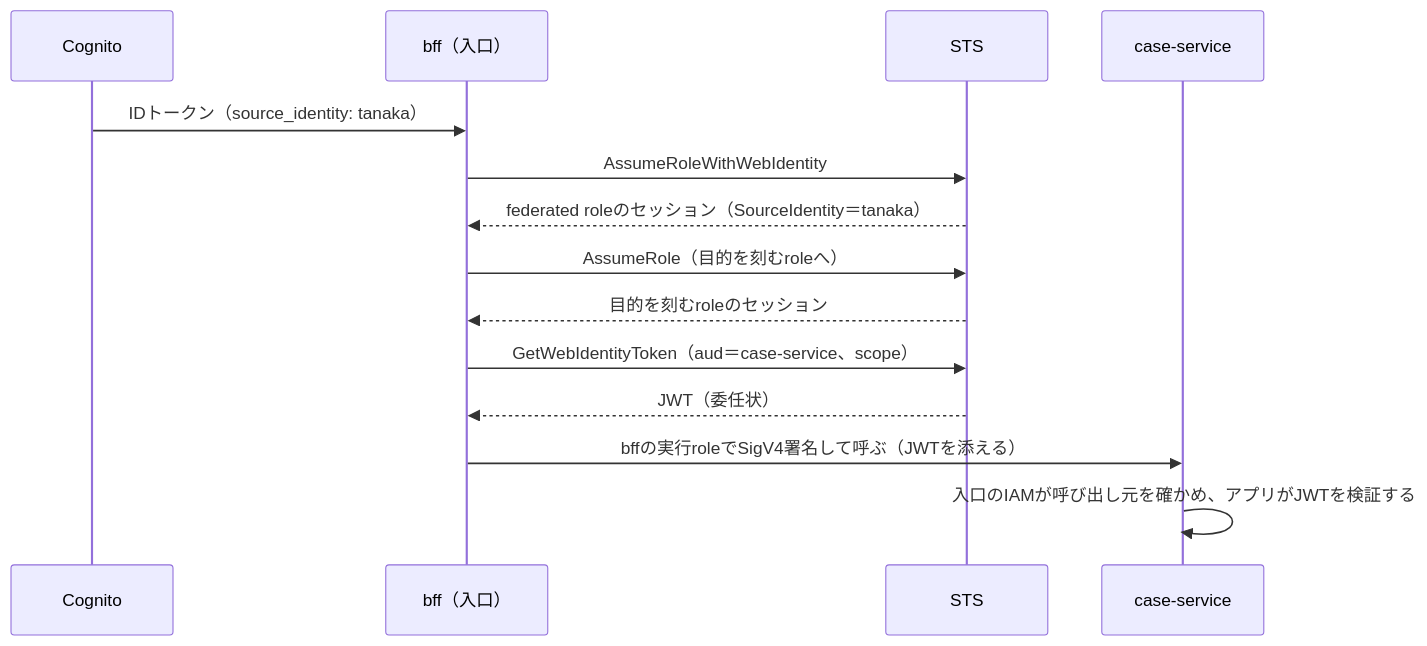
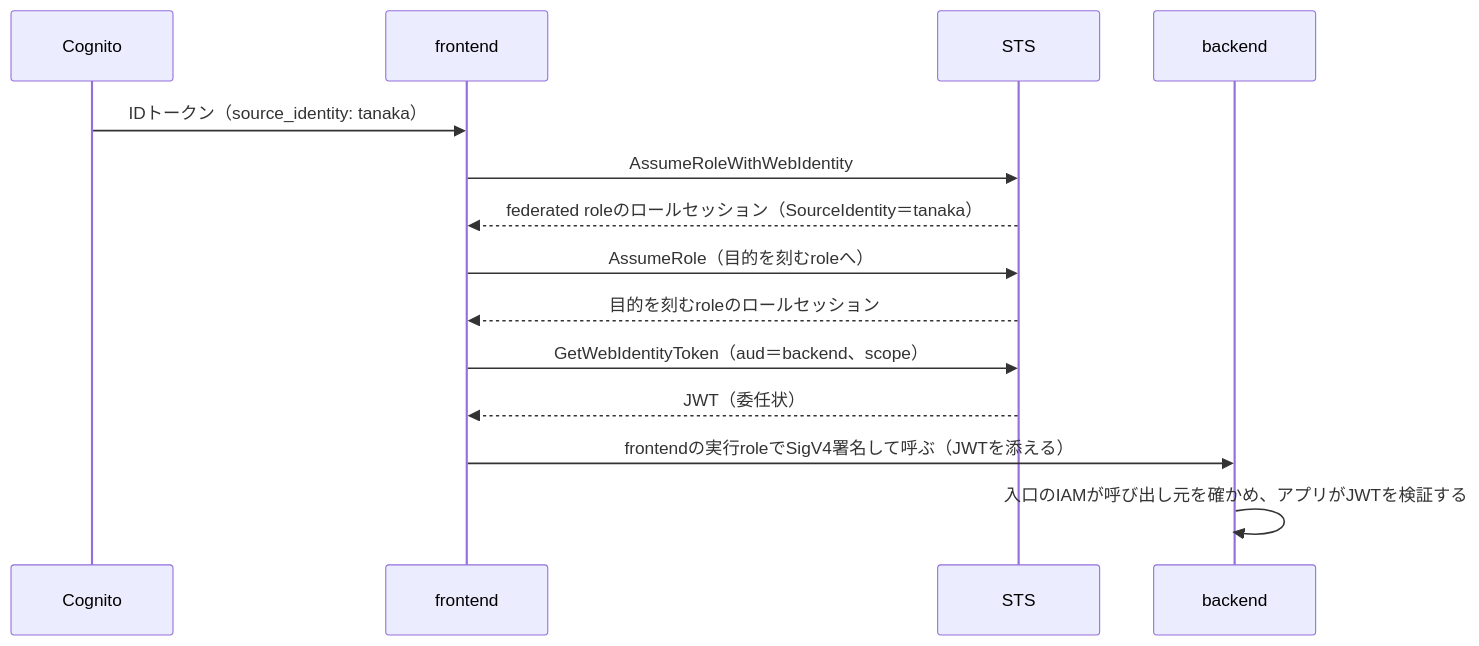
One commit to mahitotsu/gekko_08 changed the diagram in drafts/01-delegation-on-aws.md. Above: the diagram before and after it, drawn with Mermaid. The commit also changed other lines of this file and 2 other files, not shown here.

````diff
--- a/drafts/01-delegation-on-aws.md
+++ b/drafts/01-delegation-on-aws.md
@@ -67,16 +72,16 @@
 ```mermaid
 sequenceDiagram
   participant C as Cognito
-  participant F as bff（入口）
+  participant F as frontend
   participant S as STS
-  participant H as case-service
+  participant H as backend
   C->>F: IDトークン（source_identity: tanaka）
   F->>S: AssumeRoleWithWebIdentity
-  S-->>F: federated roleのセッション（SourceIdentity＝tanaka）
+  S-->>F: federated roleのロールセッション（SourceIdentity＝tanaka）
   F->>S: AssumeRole（目的を刻むroleへ）
-  S-->>F: 目的を刻むroleのセッション
-  F->>S: GetWebIdentityToken（aud＝case-service、scope）
+  S-->>F: 目的を刻むroleのロールセッション
+  F->>S: GetWebIdentityToken（aud＝backend、scope）
   S-->>F: JWT（委任状）
-  F->>H: bffの実行roleでSigV4署名して呼ぶ（JWTを添える）
+  F->>H: frontendの実行roleでSigV4署名して呼ぶ（JWTを添える）
   H->>H: 入口のIAMが呼び出し元を確かめ、アプリがJWTを検証する
 ```
````
